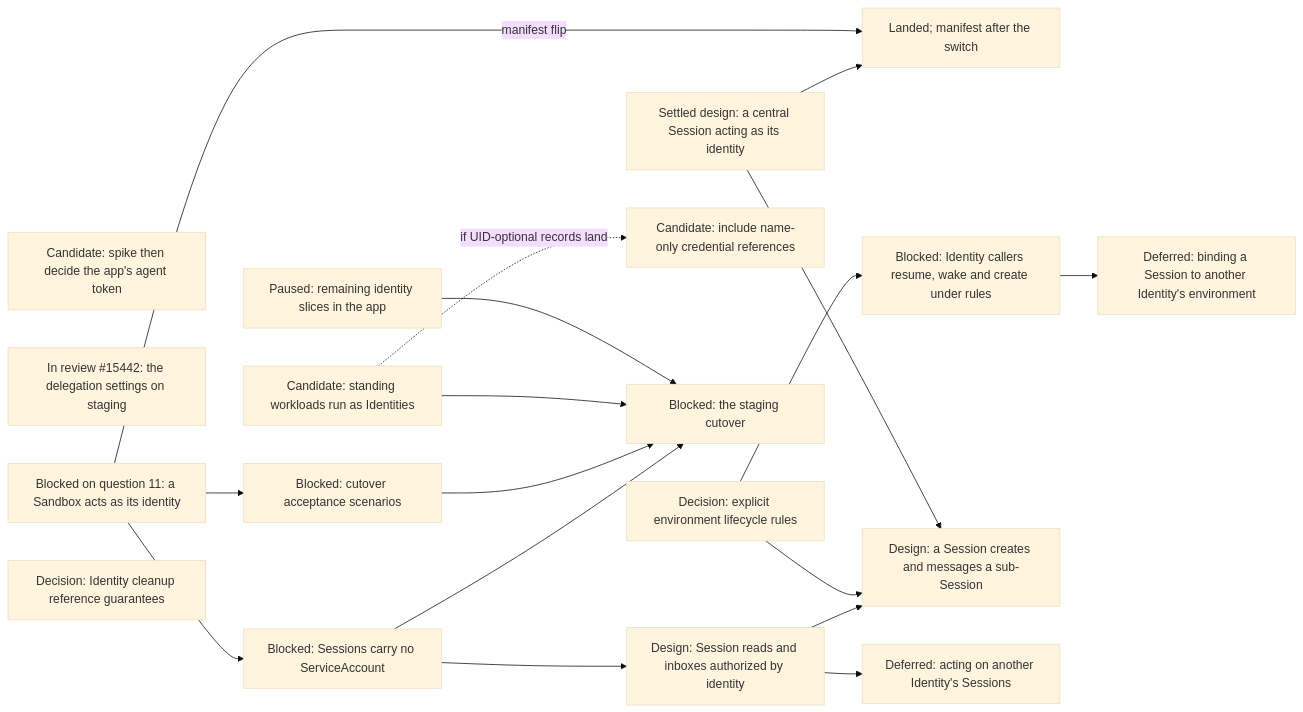
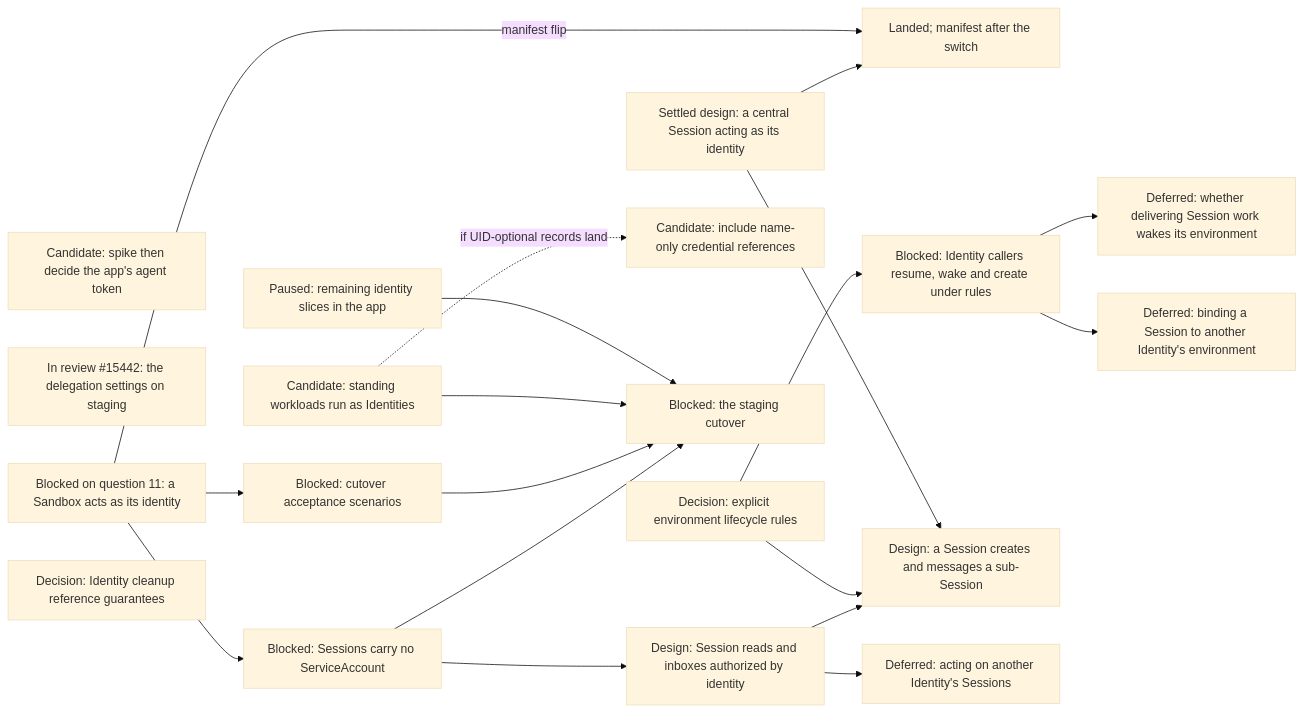
Before and after one commit to agentydragon/ducktape: diagram 16 of 18 in agentplane/plans/task_dag.md, drawn with Mermaid (base theme). The commit also changed other lines of this file and 1 other file, not shown here.

Commit message:
environment rules: drop the wake operation; defer wake on delivery

````diff
--- a/agentplane/plans/task_dag.md
+++ b/agentplane/plans/task_dag.md
@@ -3131,32 +3131,33 @@
 ```mermaid
 flowchart LR
     APP_AGENT_TOKEN_DECISION[Candidate: spike then decide the app's agent token]
     SERVICES_IDENTITY_PRINCIPAL[In review #15442: the delegation settings on staging]
     CENTRAL_SESSION_ACTING_DESIGN[Settled design: a central Session acting as its identity]
     CENTRAL_SESSION_DELEGATED_ACTING[Landed; manifest after the switch]
     CENTRAL_SESSION_ACTING_DESIGN --> CENTRAL_SESSION_DELEGATED_ACTING
     SANDBOX_IDENTITY_SPEC -->|manifest flip| CENTRAL_SESSION_DELEGATED_ACTING
     STANDING_WORKLOAD_IDENTITY[Candidate: standing workloads run as Identities]
     ENVIRONMENT_RULE_TYPE_DESIGN[Decision: explicit environment lifecycle rules]
     ENVIRONMENT_LIFECYCLE_RULES[Blocked: Identity callers resume, wake and create under rules]
     ENVIRONMENT_RULE_TYPE_DESIGN --> ENVIRONMENT_LIFECYCLE_RULES
     APP_IDENTITIES_UI[Paused: remaining identity slices in the app]
     IDENTITY_CLEANUP_REFERENCE_DECISION[Decision: Identity cleanup reference guarantees]
     IDENTITY_DELETE_CREDENTIAL_GUARD[Candidate: include name-only credential references]
     STANDING_WORKLOAD_IDENTITY -. if UID-optional records land .-> IDENTITY_DELETE_CREDENTIAL_GUARD
     SANDBOX_IDENTITY_SPEC[Blocked on question 11: a Sandbox acts as its identity]
     SANDBOX_IDENTITY_SPEC --> IDENTITY_SYSTEM_TESTS[Blocked: cutover acceptance scenarios]
     SANDBOX_IDENTITY_SPEC --> SESSION_SA_PRINCIPAL_REMOVAL[Blocked: Sessions carry no ServiceAccount]
     SESSION_SA_PRINCIPAL_REMOVAL --> IDENTITY_CUTOVER
     SESSION_SA_PRINCIPAL_REMOVAL --> SESSION_IDENTITY_AUTHZ
     SESSION_SUBAGENT_DELEGATION[Design: a Session creates and messages a sub-Session]
     SESSION_IDENTITY_AUTHZ --> SESSION_SUBAGENT_DELEGATION
     ENVIRONMENT_RULE_TYPE_DESIGN --> SESSION_SUBAGENT_DELEGATION
     CENTRAL_SESSION_ACTING_DESIGN --> SESSION_SUBAGENT_DELEGATION
     IDENTITY_SYSTEM_TESTS --> IDENTITY_CUTOVER[Blocked: the staging cutover]
     STANDING_WORKLOAD_IDENTITY --> IDENTITY_CUTOVER
     APP_IDENTITIES_UI --> IDENTITY_CUTOVER
     SESSION_IDENTITY_AUTHZ[Design: Session reads and inboxes authorized by identity]
     SESSION_IDENTITY_AUTHZ --> SESSION_CROSS_IDENTITY_AUTHORITY[Deferred: acting on another Identity's Sessions]
+    ENVIRONMENT_LIFECYCLE_RULES --> WAKE_ON_DELIVERY_DESIGN[Deferred: whether delivering Session work wakes its environment]
     ENVIRONMENT_LIFECYCLE_RULES --> CROSS_IDENTITY_SESSION_BINDING[Deferred: binding a Session to another Identity's environment]
 ```
````
